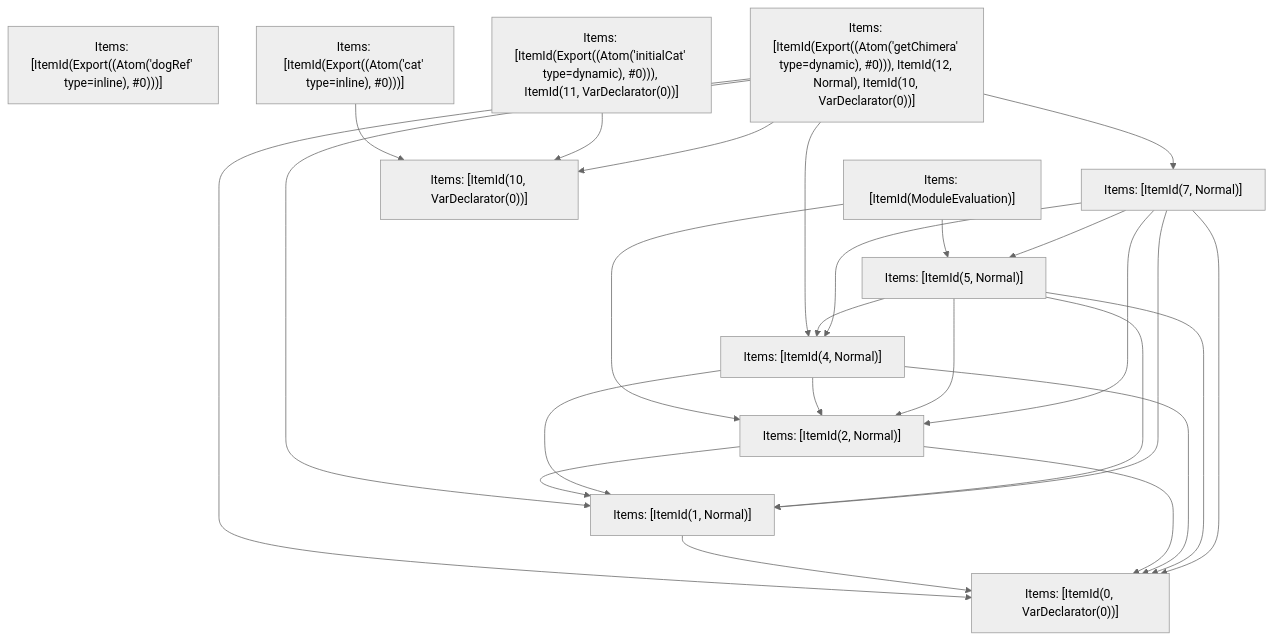
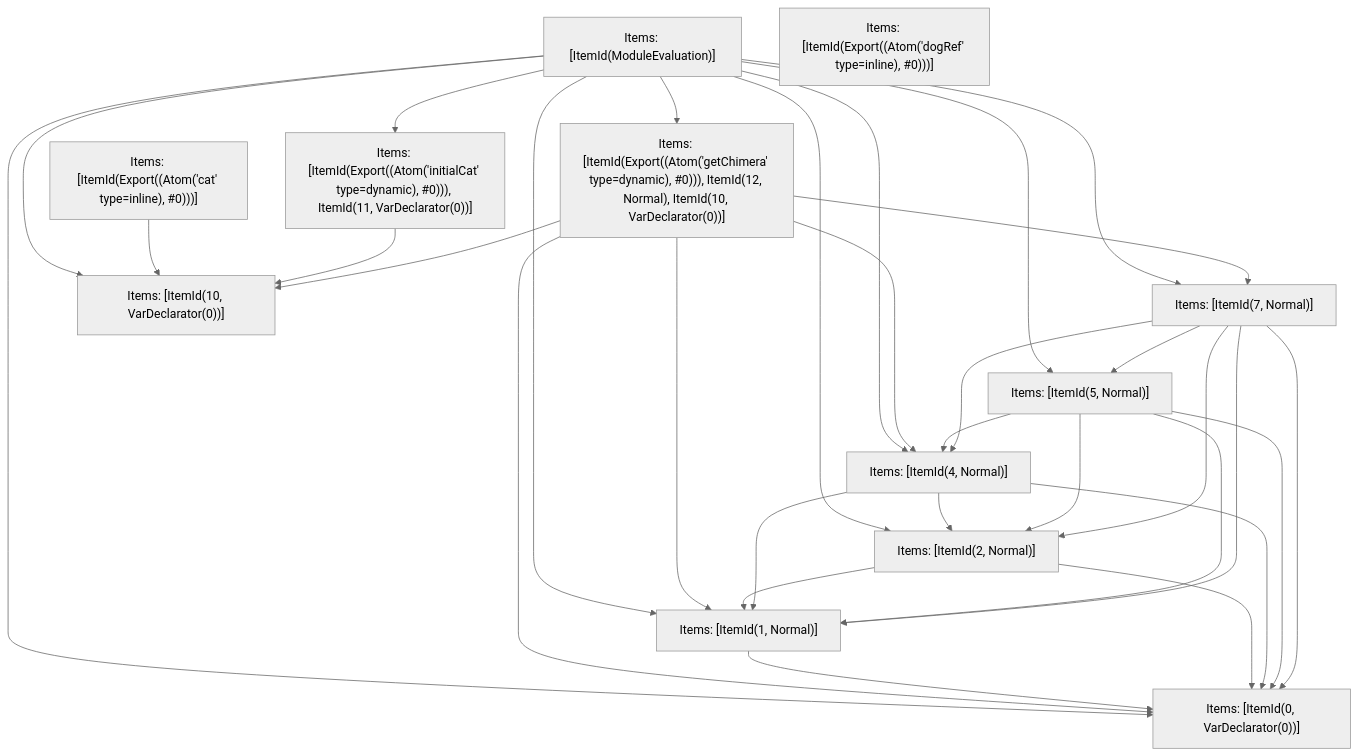
The fifth of 5 diagrams in crates/turbopack-ecmascript/tests/tree-shaker/analyzer/complex/output.md (vercel/turborepo), drawn with Mermaid (neutral theme) before and after one commit. The commit also changed other lines of this file and 3 other files, not shown here.

````diff
--- a/crates/turbopack-ecmascript/tests/tree-shaker/analyzer/complex/output.md
+++ b/crates/turbopack-ecmascript/tests/tree-shaker/analyzer/complex/output.md
@@ -373,39 +383,46 @@
 ```mermaid
 graph TD
     N0["Items: [ItemId(ModuleEvaluation)]"];
     N1["Items: [ItemId(Export((Atom('dogRef' type=inline), #0)))]"];
     N2["Items: [ItemId(Export((Atom('cat' type=inline), #0)))]"];
     N3["Items: [ItemId(Export((Atom('initialCat' type=dynamic), #0))), ItemId(11, VarDeclarator(0))]"];
     N4["Items: [ItemId(Export((Atom('getChimera' type=dynamic), #0))), ItemId(12, Normal), ItemId(10, VarDeclarator(0))]"];
     N5["Items: [ItemId(0, VarDeclarator(0))]"];
     N6["Items: [ItemId(1, Normal)]"];
     N7["Items: [ItemId(2, Normal)]"];
     N8["Items: [ItemId(4, Normal)]"];
     N9["Items: [ItemId(5, Normal)]"];
     N10["Items: [ItemId(7, Normal)]"];
     N11["Items: [ItemId(10, VarDeclarator(0))]"];
     N0 --> N7;
     N0 --> N9;
+    N0 --> N5;
+    N0 --> N6;
+    N0 --> N8;
+    N0 --> N10;
+    N0 --> N11;
+    N0 --> N3;
+    N0 --> N4;
     N2 --> N11;
     N3 --> N11;
     N4 --> N11;
     N4 --> N5;
     N4 --> N6;
     N4 --> N8;
     N4 --> N10;
     N6 --> N5;
     N7 --> N5;
     N7 --> N6;
     N8 --> N5;
     N8 --> N6;
     N8 --> N7;
     N9 --> N5;
     N9 --> N6;
     N9 --> N8;
     N9 --> N7;
     N10 --> N5;
     N10 --> N6;
     N10 --> N8;
     N10 --> N7;
     N10 --> N9;
 ```
````
